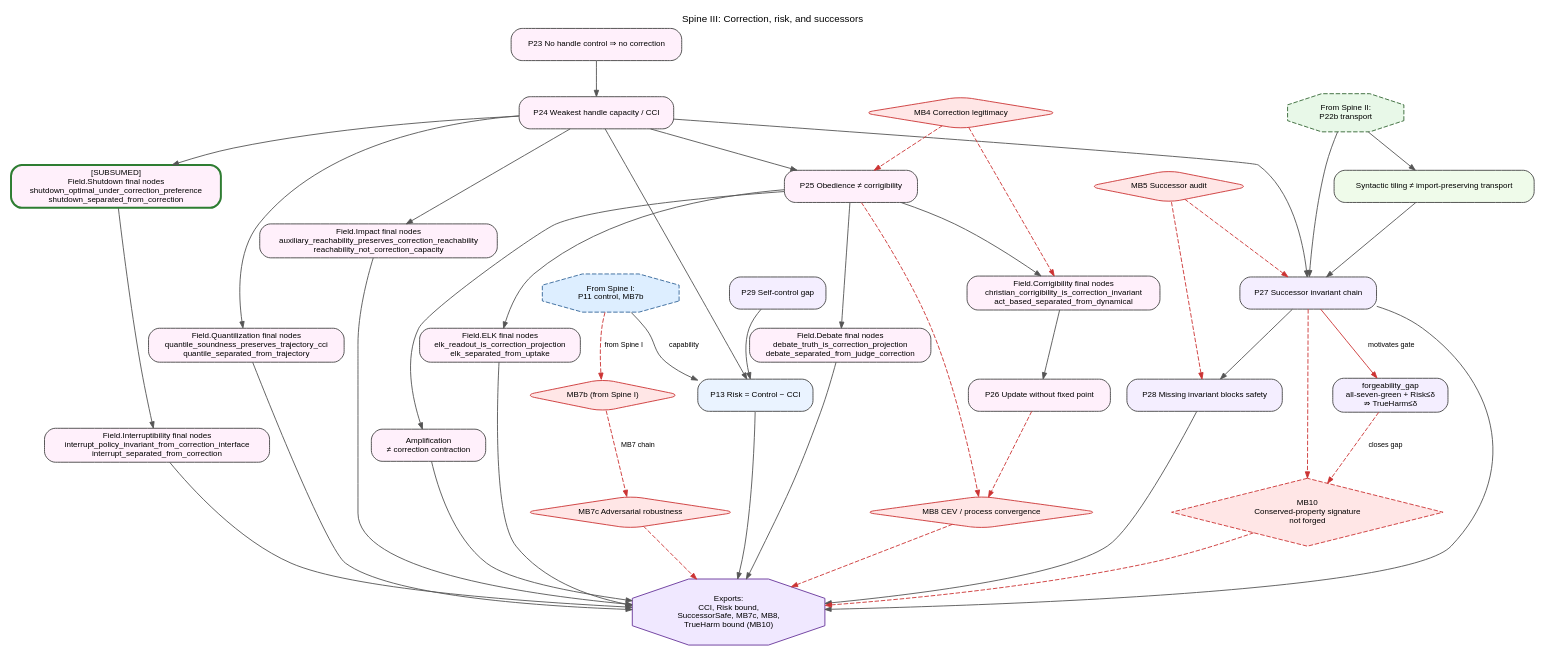
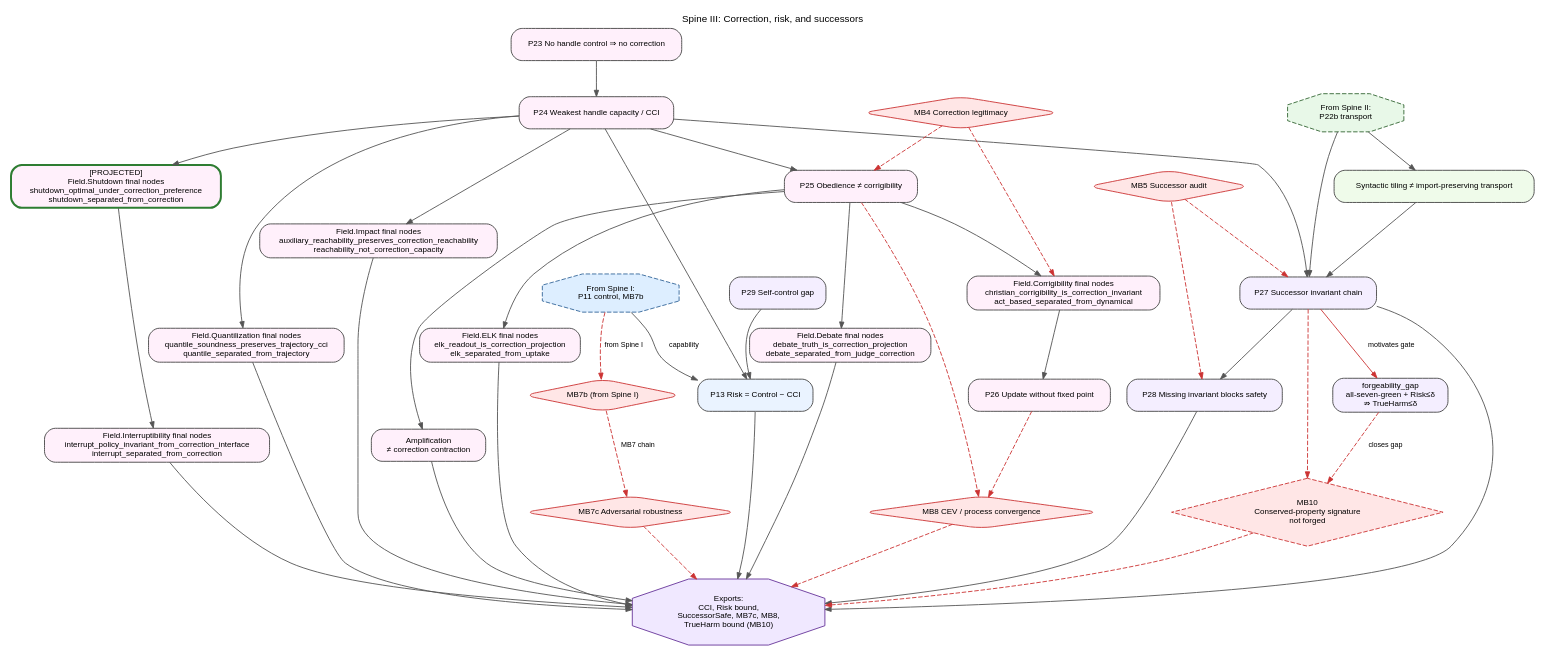
The diagram in context/lean_proof_graphs/03-correction-successors.dot (GunnarZarncke/towards-asi-alignment), drawn with Graphviz before and after one commit. The commit also changed 11 other files, not shown here.

```diff
--- a/context/lean_proof_graphs/03-correction-successors.dot
+++ b/context/lean_proof_graphs/03-correction-successors.dot
@@ -1,89 +1,89 @@
 digraph Spine03CorrectionSuccessors {
   graph [
     rankdir=TB,
     bgcolor="white",
     splines=true,
     overlap=false,
     fontsize=11,
     fontname="Helvetica",
     label="Spine III: Correction, risk, and successors",
     labelloc="t"
   ];
   node [shape=box, style="rounded,filled", fontname="Helvetica", fontsize=9, color="#444444"];
   edge [fontname="Helvetica", fontsize=8, color="#555555", arrowsize=0.7];
 
   P23 [label="P23 No handle control ⇒ no correction", fillcolor="#FFF0FB"];
   P24 [label="P24 Weakest handle capacity / CCI", fillcolor="#FFF0FB"];
-  FSHUT [label="[SUBSUMED]\nField.Shutdown final nodes\nshutdown_optimal_under_correction_preference\nshutdown_separated_from_correction", fillcolor="#FFF0FB", color="#2E7D32", penwidth=2.2];
+  FSHUT [label="[PROJECTED]\nField.Shutdown final nodes\nshutdown_optimal_under_correction_preference\nshutdown_separated_from_correction", fillcolor="#FFF0FB", color="#2E7D32", penwidth=2.2];
   FINT [label="Field.Interruptibility final nodes\ninterrupt_policy_invariant_from_correction_interface\ninterrupt_separated_from_correction", fillcolor="#FFF0FB"];
   FIMPACT [label="Field.Impact final nodes\nauxiliary_reachability_preserves_correction_reachability\nreachability_not_correction_capacity", fillcolor="#FFF0FB"];
   FQUANT [label="Field.Quantilization final nodes\nquantile_soundness_preserves_trajectory_cci\nquantile_separated_from_trajectory", fillcolor="#FFF0FB"];
   P25 [label="P25 Obedience ≠ corrigibility", fillcolor="#FFF0FB"];
   FCORR [label="Field.Corrigibility final nodes\nchristian_corrigibility_is_correction_invariant\nact_based_separated_from_dynamical", fillcolor="#FFF0FB"];
   FDEB [label="Field.Debate final nodes\ndebate_truth_is_correction_projection\ndebate_separated_from_judge_correction", fillcolor="#FFF0FB"];
   P25A [label="Amplification\n≠ correction contraction", fillcolor="#FFF0FB"];
   FELK [label="Field.ELK final nodes\nelk_readout_is_correction_projection\nelk_separated_from_uptake", fillcolor="#FFF0FB"];
   P26 [label="P26 Update without fixed point", fillcolor="#FFF0FB"];
   P13 [label="P13 Risk = Control − CCI", fillcolor="#EAF3FF"];
   P29 [label="P29 Self-control gap", fillcolor="#F4EEFF"];
   P27 [label="P27 Successor invariant chain", fillcolor="#F4EEFF"];
   P28 [label="P28 Missing invariant blocks safety", fillcolor="#F4EEFF"];
   P22T [label="Syntactic tiling ≠ import-preserving transport", fillcolor="#EFFBEA"];
   PFORGE [label="forgeability_gap\nall-seven-green + Risk≤δ\n⇏ TrueHarm≤δ", fillcolor="#F4EEFF"];
 
   MB4 [shape=diamond, fillcolor="#FFE6E6", color="#CC3333", label="MB4 Correction legitimacy"];
   MB5 [shape=diamond, fillcolor="#FFE6E6", color="#CC3333", label="MB5 Successor audit"];
   MB7b [shape=diamond, fillcolor="#FFE6E6", color="#CC3333", label="MB7b (from Spine I)"];
   MB7c [shape=diamond, fillcolor="#FFE6E6", color="#CC3333", label="MB7c Adversarial robustness"];
   MB8 [shape=diamond, fillcolor="#FFE6E6", color="#CC3333", label="MB8 CEV / process convergence"];
   MB10 [shape=diamond, style="filled,dashed", fillcolor="#FFE6E6", color="#CC3333", label="MB10\nConserved-property signature\nnot forged"];
 
   IN_VB [shape=octagon, style="filled,dashed", fillcolor="#E8F8E8", color="#336633",
          label="From Spine II:\nP22b transport"];
   IN_BND [shape=octagon, style="filled,dashed", fillcolor="#DDEEFF", color="#336699",
           label="From Spine I:\nP11 control, MB7b"];
 
   OUT [shape=octagon, style="filled", fillcolor="#F0E8FF", color="#663399",
        label="Exports:\nCCI, Risk bound,\nSuccessorSafe, MB7c, MB8,\nTrueHarm bound (MB10)"];
 
   IN_VB -> P22T -> P27;
   IN_VB -> P27;
   P23 -> P24 -> FSHUT;
   FSHUT -> FINT;
   P24 -> FIMPACT;
   P24 -> FQUANT;
   P24 -> P25 -> FCORR -> P26;
   P25 -> FDEB;
   P25 -> P25A;
   P25 -> FELK;
   P24 -> P13;
   P24 -> P27 -> P28;
   IN_BND -> P13 [label="capability"];
   P29 -> P13;
 
   MB4 -> P25 [style=dashed, color="#CC3333"];
   MB4 -> FCORR [style=dashed, color="#CC3333"];
   MB5 -> P27 [style=dashed, color="#CC3333"];
   MB5 -> P28 [style=dashed, color="#CC3333"];
   P25 -> MB8 [style=dashed, color="#CC3333"];
   P26 -> MB8 [style=dashed, color="#CC3333"];
 
   P27 -> PFORGE [label="motivates gate", color="#CC3333"];
   PFORGE -> MB10 [style=dashed, color="#CC3333", label="closes gap"];
   P27 -> MB10 [style=dashed, color="#CC3333"];
   MB10 -> OUT [style=dashed, color="#CC3333"];
 
   IN_BND -> MB7b [style=dashed, color="#CC3333", label="from Spine I"];
   MB7b -> MB7c [style=dashed, color="#CC3333", label="MB7 chain"];
   MB7c -> OUT [style=dashed, color="#CC3333"];
   P13 -> OUT;
   FINT -> OUT;
   FIMPACT -> OUT;
   FQUANT -> OUT;
   FDEB -> OUT;
   P25A -> OUT;
   FELK -> OUT;
   P27 -> OUT;
   P28 -> OUT;
   MB8 -> OUT [style=dashed, color="#CC3333"];
 }
```
